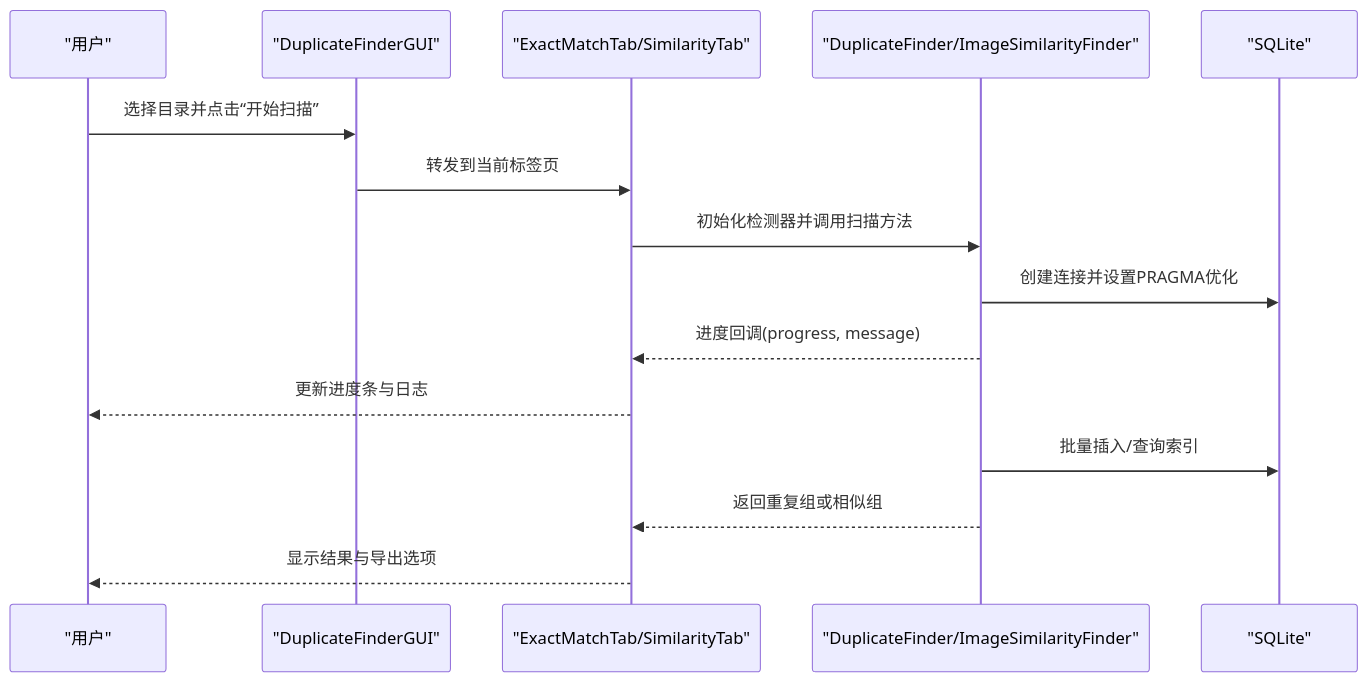
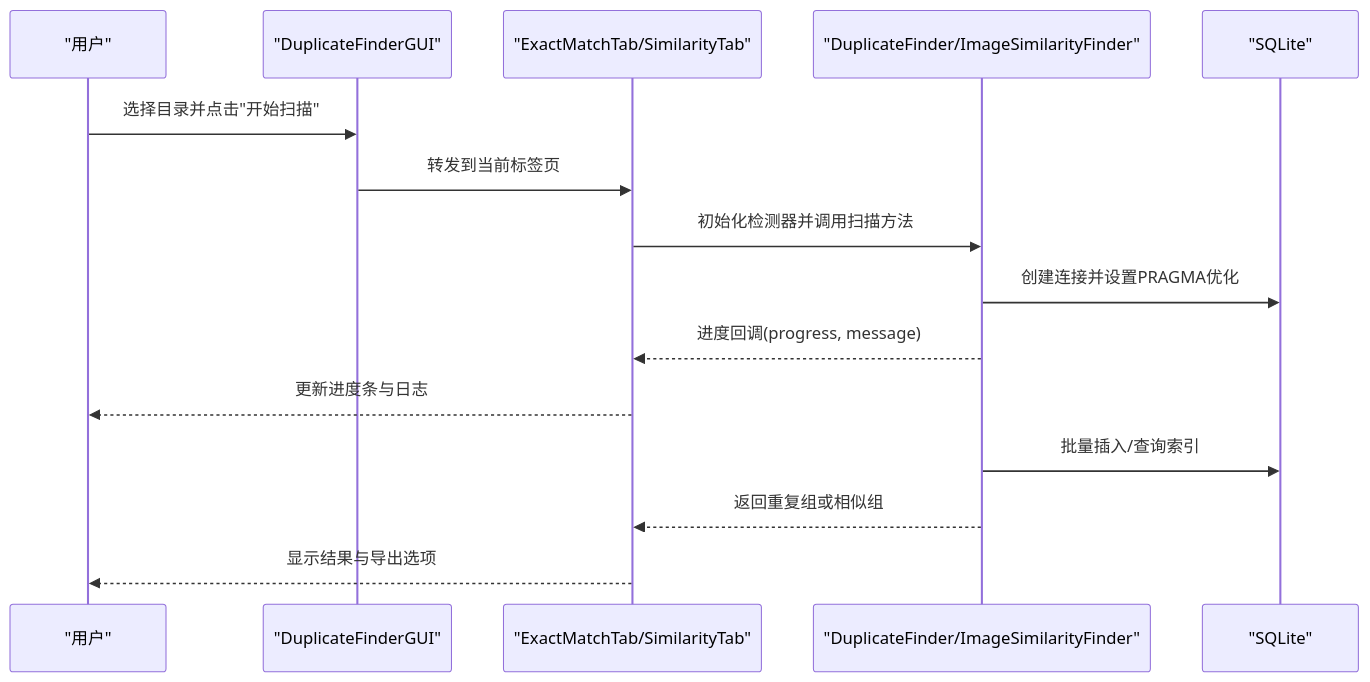
Before and after one commit to Xxy15021337046/duplicate-file-finder: the second of 7 diagrams in .qoder/repowiki/zh/content/开发指南/代码规范.md, drawn with Mermaid. The commit also changed other lines of this file and 27 other files, not shown here.

````diff
--- a/.qoder/repowiki/zh/content/开发指南/代码规范.md
+++ b/.qoder/repowiki/zh/content/开发指南/代码规范.md
@@ -89,17 +99,17 @@
 ```mermaid
 sequenceDiagram
 participant U as "用户"
 participant GUI as "DuplicateFinderGUI"
 participant Tab as "ExactMatchTab/SimilarityTab"
 participant Core as "DuplicateFinder/ImageSimilarityFinder"
 participant DB as "SQLite"
-U->>GUI : 选择目录并点击“开始扫描”
+U->>GUI : 选择目录并点击"开始扫描"
 GUI->>Tab : 转发到当前标签页
 Tab->>Core : 初始化检测器并调用扫描方法
 Core->>DB : 创建连接并设置PRAGMA优化
 Core-->>Tab : 进度回调(progress, message)
 Tab-->>U : 更新进度条与日志
 Core->>DB : 批量插入/查询索引
 Core-->>Tab : 返回重复组或相似组
 Tab-->>U : 显示结果与导出选项
 ```
````
